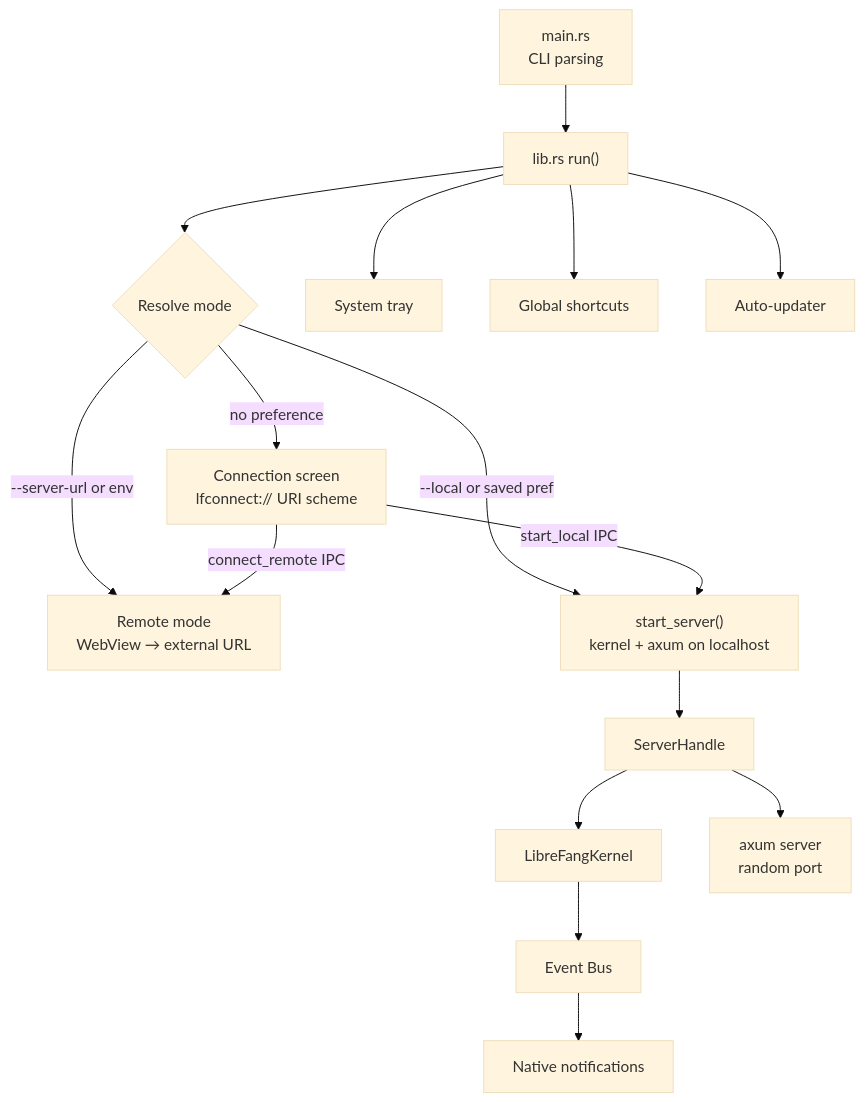
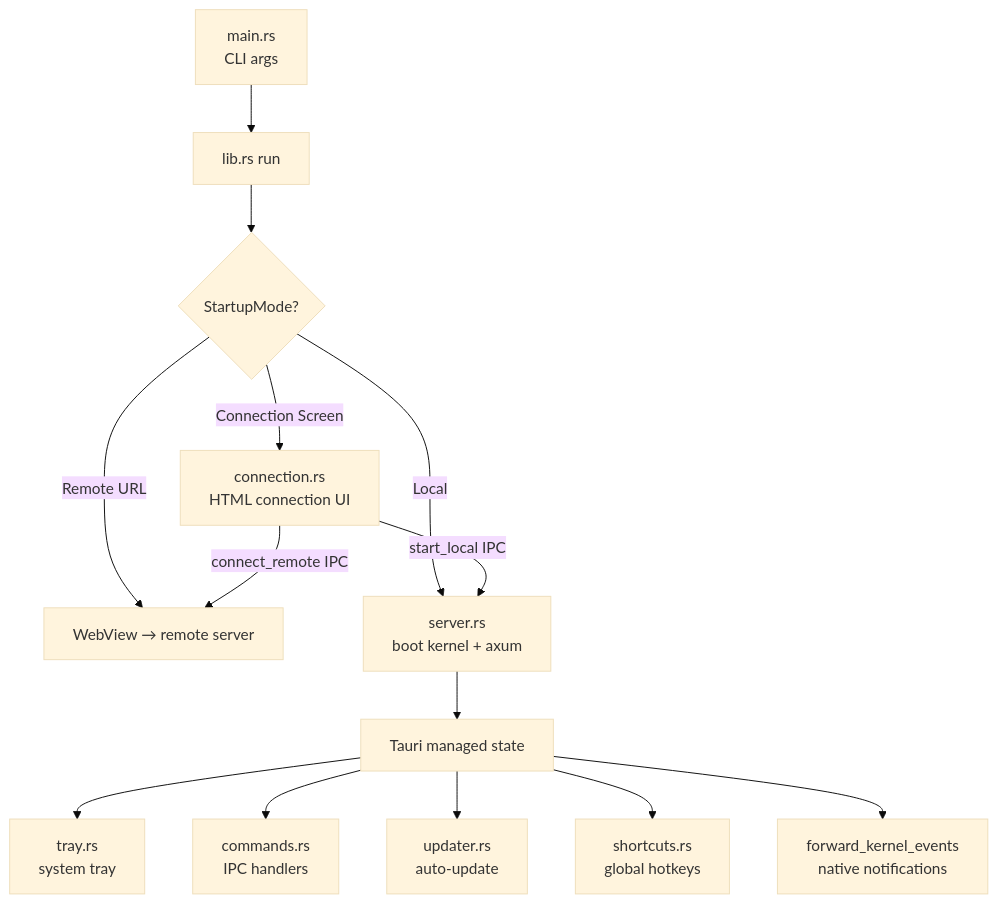
The diagram in desktop-application.md (leszek3737/librefang-WIki), drawn with Mermaid (base theme) before and after one commit. The commit also changed other lines of this file and 94 other files, not shown here.

````diff
--- a/desktop-application.md
+++ b/desktop-application.md
@@ -11,21 +9,18 @@
 ```mermaid
 graph TD
-    CLI["main.rs<br/>CLI parsing"] --> RUN["lib.rs run()"]
-    RUN --> MODE{"Resolve mode"}
-    MODE -->|"--server-url or env"| REMOTE["Remote mode<br/>WebView → external URL"]
-    MODE -->|"--local or saved pref"| LOCAL["start_server()<br/>kernel + axum on localhost"]
-    MODE -->|"no preference"| CONN["Connection screen<br/>lfconnect:// URI scheme"]
+    CLI[main.rs<br/>CLI args] --> RUN[lib.rs run]
+    RUN --> MODE{StartupMode?}
+    MODE -->|Remote URL| REMOTE[WebView → remote server]
+    MODE -->|Local| BOOT[server.rs<br/>boot kernel + axum]
+    MODE -->|Connection Screen| CONN[connection.rs<br/>HTML connection UI]
 
-    CONN -->|"start_local IPC"| LOCAL
-    CONN -->|"connect_remote IPC"| REMOTE
+    BOOT --> STATE[Tauri managed state]
+    CONN -->|start_local IPC| BOOT
+    CONN -->|connect_remote IPC| REMOTE
 
-    LOCAL --> SH["ServerHandle"]
-    SH --> KERNEL["LibreFangKernel"]
-    SH --> AXUM["axum server<br/>random port"]
-    KERNEL --> BUS["Event Bus"]
-    BUS --> NOTIFY["Native notifications"]
-
-    RUN --> TRAY["System tray"]
-    RUN --> SHORTCUTS["Global shortcuts"]
-    RUN --> UPDATER["Auto-updater"]
+    STATE --> TRAY[tray.rs<br/>system tray]
+    STATE --> CMDS[commands.rs<br/>IPC handlers]
+    STATE --> UPDATER[updater.rs<br/>auto-update]
+    STATE --> SHORTCUTS[shortcuts.rs<br/>global hotkeys]
+    STATE --> EVENTS[forward_kernel_events<br/>native notifications]
 ```
````
